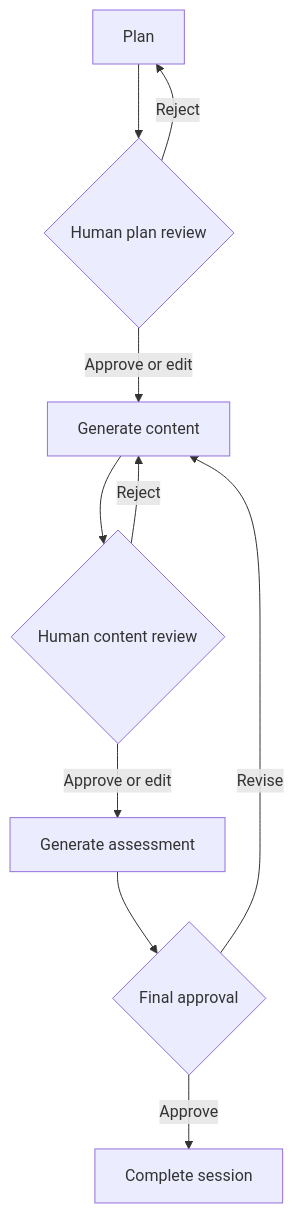
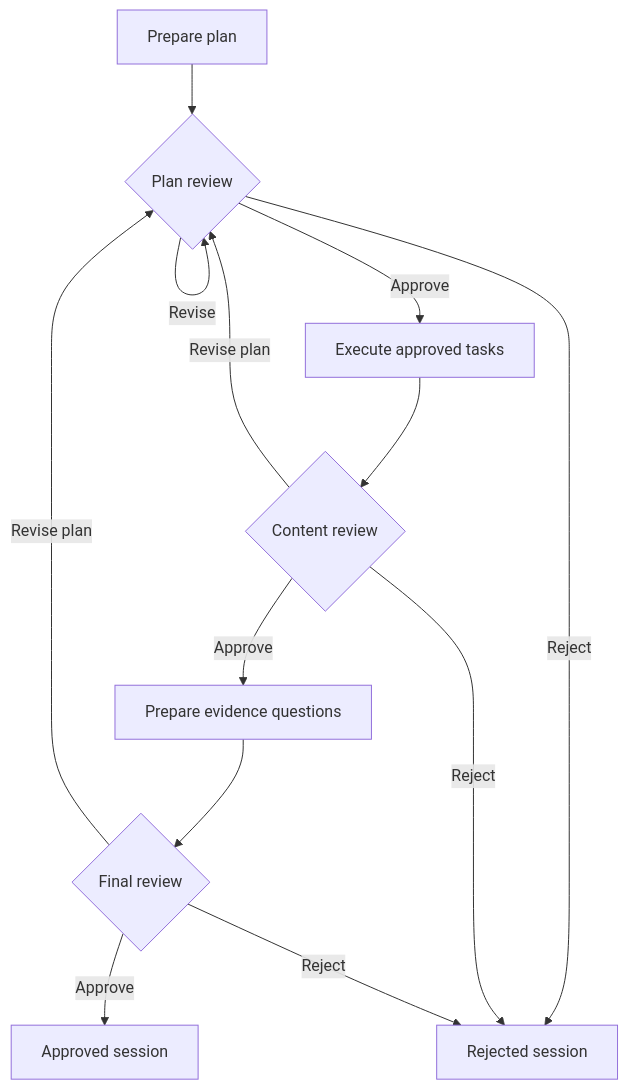
One commit to anne500/multi-agent-study-guide changed diagram 18 of 20 in docs/ARCHITECTURE.md. Above: the diagram before and after it, drawn with Mermaid. The commit also changed other lines of this file and 5 other files, not shown here.

Commit message:
Add V16 persistent human approval and revision

````diff
--- a/docs/ARCHITECTURE.md
+++ b/docs/ARCHITECTURE.md
@@ -390,12 +392,15 @@
 ```mermaid
 flowchart TD
-    A[Plan] --> B{Human plan review}
-    B -->|Approve or edit| C[Generate content]
-    B -->|Reject| A
-    C --> D{Human content review}
-    D -->|Approve or edit| E[Generate assessment]
-    D -->|Reject| C
-    E --> F{Final approval}
-    F -->|Approve| G[Complete session]
-    F -->|Revise| C
+    A[Prepare plan] --> B{Plan review}
+    B -->|Approve| C[Execute approved tasks]
+    C --> D{Content review}
+    D -->|Approve| E[Prepare evidence questions]
+    E --> F{Final review}
+    F -->|Approve| G[Approved session]
+    B -->|Revise| B
+    D -->|Revise plan| B
+    F -->|Revise plan| B
+    B -->|Reject| H[Rejected session]
+    D -->|Reject| H
+    F -->|Reject| H
 ```
````
